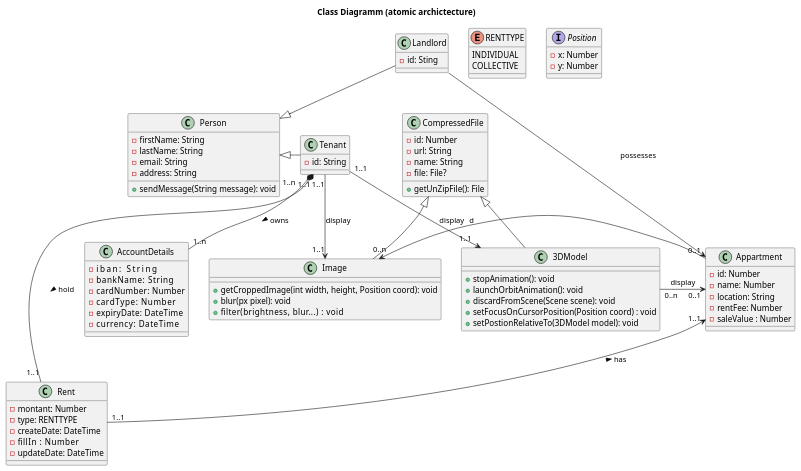
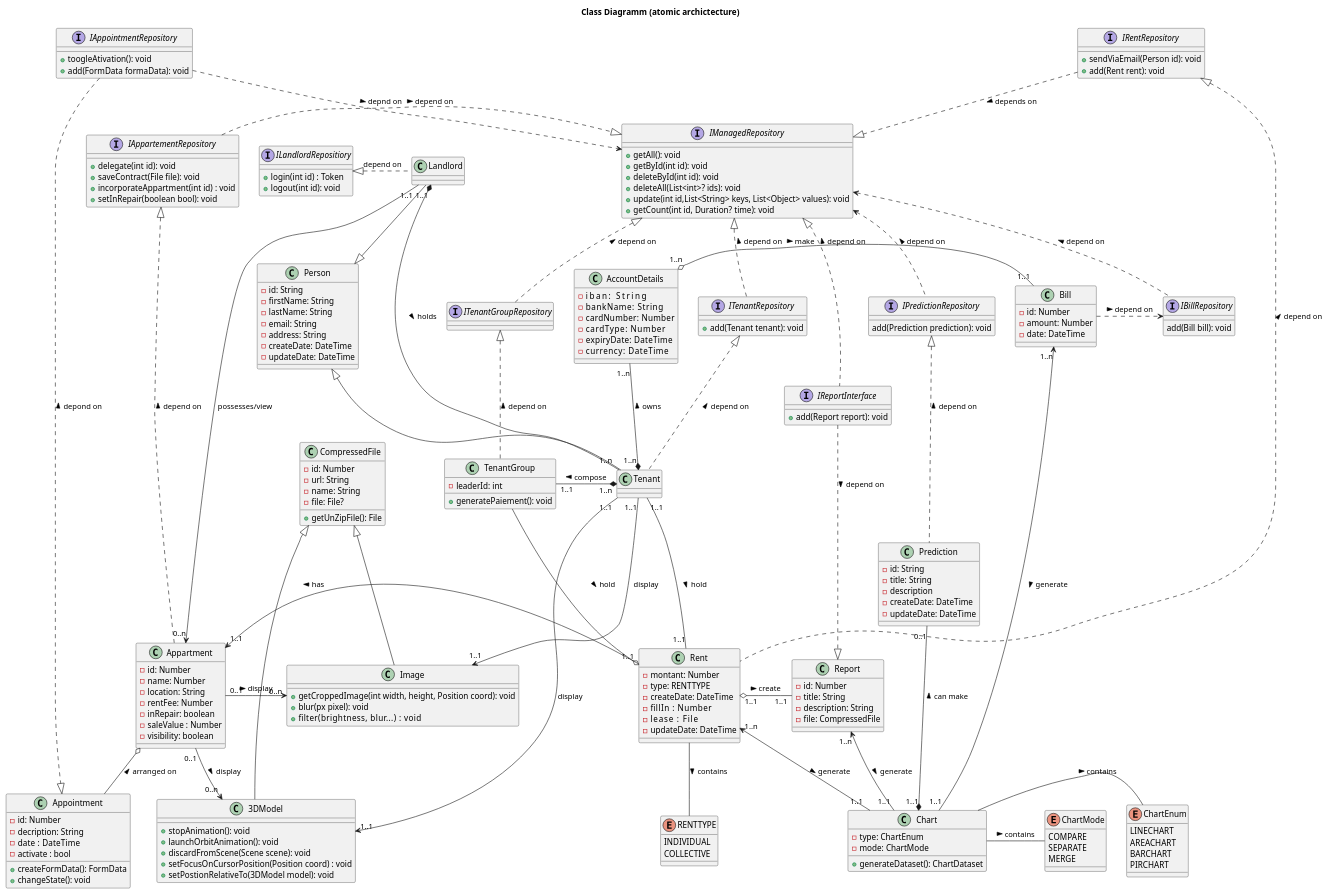
Before and after one commit to SprigganTwelve/immo-flow: the diagram in architecture/class.puml, drawn with PlantUML. The commit also changed 5 other files, not shown here.

Commit message:
class diagramm (1 version) done

```diff
--- a/architecture/class.puml
+++ b/architecture/class.puml
@@ -5,27 +5,79 @@
 title "Class Diagramm (atomic archictecture)"
 
 
+'Main
+
 class Person{
+    - id: String
     - firstName: String
     - lastName: String
     - email: String
     - address: String
-    + sendMessage(String message): void 
+    - createDate: DateTime
+    - updateDate: DateTime
 }
 
 
-Class Landlord{
-    -id: Sting
+Class Landlord{}
+interface ILandlordRepositiory{
+    + login(int id) : Token
+    + logout(int id): void
+}
+
+Landlord "1..1" *-- "1..n" Tenant       : > holds  
+
+
+'Tenants
+
+class Tenant {}
+
+
+Person <|-up- Landlord
+Person <|-- Tenant
+
+
+class TenantGroup{
+    - leaderId: int
+    + generatePaiement(): void
 }
 
 
-class Tenant {
-    -id: String
+interface ITenantGroupRepository{}
+
+
+IManagedRepository <|.. ITenantGroupRepository : < depend on
+ITenantGroupRepository <|.. TenantGroup        : < depend on
+
+Tenant "1..n" *-left- "1..1" TenantGroup : > compose
+
+
+
+interface IManagedRepository {
+    + getAll(): void
+    + getById(int id): void
+    + deleteById(int id): void
+    + deleteAll(List<int>? ids): void
+    + update(int id,List<String> keys, List<Object> values): void
+    + getCount(int id, Duration? time): void
 }
 
 
-Person <|-up- Landlord
-Person <|-right- Tenant
+
+interface ITenantRepository{
+    + add(Tenant tenant): void
+}
+
+
+
+
+
+ILandlordRepositiory <|.right. Landlord : depend on
+ITenantRepository .up.|> IManagedRepository : depend on >
+ITenantRepository <|.down. Tenant: < depend on
+
+
+'Billings
+
 
 
 class AccountDetails{
@@ -38,13 +90,45 @@
 }
 
 
+
+class Bill{
+    - id: Number
+    - amount: Number
+    - date: DateTime
+}
+
+interface IBillRepository{
+    add(Bill bill): void
+}
+
+IManagedRepository <.. IBillRepository: < depend on
+IBillRepository <.left. Bill : < depend on
+
+AccountDetails "1..n" o-right- "1..1" Bill: make >
+Tenant "1..n"  *-up- "1..n" AccountDetails: > owns
+
+
+'Rents
+
+
 class Rent{
     - montant: Number
     - type: RENTTYPE
     - createDate: DateTime
     - fillIn    : Number
+    - lease     : File
     - updateDate: DateTime
 }
+
+Rent -- RENTTYPE : > contains 
+
+interface IRentRepository{
+    + sendViaEmail(Person id): void  
+    + add(Rent rent): void
+}
+
+
+IRentRepository ..|> IManagedRepository: depends on >
 
 enum RENTTYPE{
     INDIVIDUAL
@@ -52,8 +136,31 @@
 }
 
 
-Tenant "1..n"  *-- "1..n" AccountDetails: > owns
-Tenant "1..1"  *-right- "1..1" Rent : hold > 
+class Report {
+    - id: Number
+    - title: String
+    - description: String
+    - file: CompressedFile
+}
+
+interface IReportInterface{
+    + add(Report report): void
+}
+
+
+IManagedRepository <|.. IReportInterface : < depend on
+Report <|.up. IReportInterface : < depend on
+
+
+Tenant "1..1"  -right- "1..1" Rent : hold > 
+TenantGroup --o Rent : hold > 
+
+Rent "1..1" o-right- "1..1" Report : create >
+Rent .left.|> IRentRepository      : depend on >
+
+
+
+'Apartements
 
 
 class Appartment{
@@ -61,12 +168,105 @@
     - name: Number
     - location: String
     - rentFee: Number
+    - inRepair: boolean
     - saleValue : Number
+    - visibility: boolean
 }
 
 
-Appartment "1..1" <-- "1..1" Rent : has <
-Appartment  <-- Landlord:  possesses
+interface IAppartementRepository{
+    + delegate(int id): void
+    + saveContract(File file): void
+    + incorporateAppartment(int id) : void
+    + setInRepair(boolean bool): void
+}
+
+
+IManagedRepository  <|.left. IAppartementRepository: < depend on
+IAppartementRepository <|.. Appartment : < depend on
+
+Appartment "1..1" <-right- "1..1" Rent : has <
+Appartment "0..n" <-up- "1..1" Landlord:  possesses/view
+
+
+
+'Buying/Selling
+
+
+
+class Appointment{
+    - id: Number
+    - decription: String
+    - date  : DateTime
+    - activate : bool
+    + createFormData(): FormData
+    + changeState(): void 
+}
+
+
+interface IAppointmentRepository{
+    + toogleAtivation(): void
+    + add(FormData formaData): void
+}
+
+
+Appartment o-- Appointment : < arranged on
+
+Appointment <|.up. IAppointmentRepository: depond on >
+IAppointmentRepository ..> IManagedRepository :  depnd on >
+
+
+'Graphs
+
+enum ChartEnum{
+    LINECHART
+    AREACHART
+    BARCHART
+    PIRCHART
+}
+
+enum ChartMode{
+    COMPARE
+    SEPARATE
+    MERGE
+}
+
+
+class Chart{
+    - type: ChartEnum
+    - mode: ChartMode
+    + generateDataset(): ChartDataset
+}
+
+Chart -right- ChartEnum:  > contains
+Chart -right- ChartMode:  > contains
+
+Rent     "1..n" <-left-  "1..1" Chart : > generate
+Bill "1..n" <-down-  "1..1" Chart : > generate
+Report   "1..n" <-down-  "1..1" Chart : > generate
+
+
+class Prediction{
+    - id: String
+    - title: String
+    - description
+    - createDate: DateTime
+    - updateDate: DateTime
+}
+
+
+interface IPredictionRepository{
+    add(Prediction prediction): void
+}
+
+IManagedRepository <.. IPredictionRepository: < depend on 
+IPredictionRepository <|.. Prediction : < depend on 
+
+Chart "1..1" *-up- "0..1" Prediction: > can make
+
+
+
+'2D/3D Graphics Models
 
 
 class CompressedFile{
@@ -78,9 +278,6 @@
 }
 
 
-
-
-
 class 3DModel{
     + stopAnimation(): void
     + launchOrbitAnimation(): void
@@ -89,10 +286,7 @@
     + setPostionRelativeTo(3DModel model): void
 }
 
-interface Position {
-    - x: Number
-    - y: Number
-}
+
 
 class Image{
     + getCroppedImage(int width, height, Position coord): void
@@ -105,8 +299,9 @@
 CompressedFile <|-down- 3DModel
 CompressedFile <|-- Image
 
-3DModel "0..n" -right-> "0..1" Appartment: display
-Image  "0..n" <-right- "0..1"  Appartment:   d
+
+3DModel "0..n" <-up- "0..1" Appartment:   display <
+Image  "0..n" <-right- "0..1"  Appartment:   display <
 
 
 Tenant "1..1" --> "1..1" 3DModel : display
@@ -115,4 +310,5 @@
 
 
 
+
 @enduml
```
